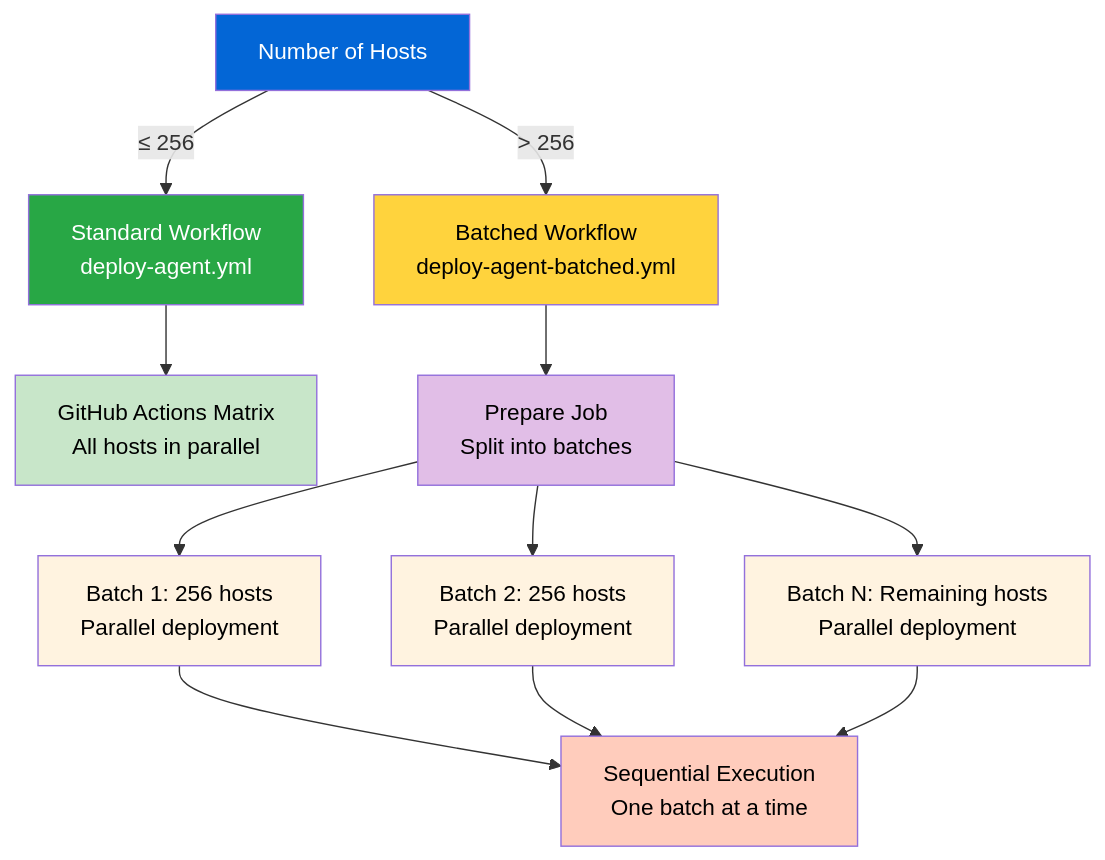
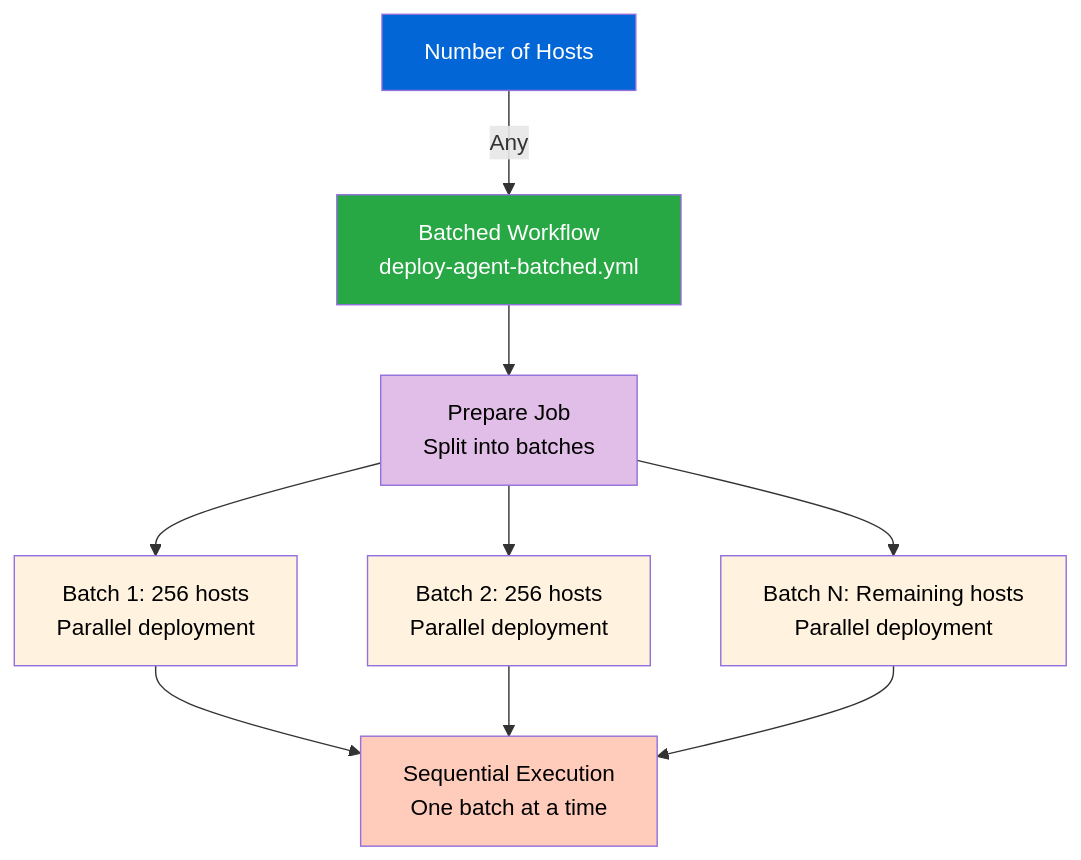
One commit to chambear2809/github-actions-lab changed the sixth of 7 diagrams in ARCHITECTURE.md. Above: the diagram before and after it, drawn with Mermaid. The commit also changed other lines of this file and 2 other files, not shown here.

Commit message:
Update documentation: fix workflow count (11 total), remove non-existent deploy-agent.yml references, add cleanup workflow

````diff
--- a/ARCHITECTURE.md
+++ b/ARCHITECTURE.md
@@ -192,27 +192,22 @@
 ```mermaid
 graph TD
     A[Number of Hosts]
-    A -->|"≤ 256"| B[Standard Workflow<br/>deploy-agent.yml]
-    A -->|"> 256"| C[Batched Workflow<br/>deploy-agent-batched.yml]
-    
-    B --> D[GitHub Actions Matrix<br/>All hosts in parallel]
+    A -->|Any| C[Batched Workflow<br/>deploy-agent-batched.yml]
     
     C --> E[Prepare Job<br/>Split into batches]
     E --> F[Batch 1: 256 hosts<br/>Parallel deployment]
     E --> G[Batch 2: 256 hosts<br/>Parallel deployment]
     E --> H[Batch N: Remaining hosts<br/>Parallel deployment]
     
     F --> I[Sequential Execution<br/>One batch at a time]
     G --> I
     H --> I
-
+    
     style A fill:#0366d6,color:#fff
-    style B fill:#28a745,color:#fff
-    style C fill:#ffd33d,color:#000
-    style D fill:#c8e6c9,color:#000
+    style C fill:#28a745,color:#fff
     style E fill:#e1bee7,color:#000
     style F fill:#fff3e0,color:#000
     style G fill:#fff3e0,color:#000
     style H fill:#fff3e0,color:#000
     style I fill:#ffccbc,color:#000
 ```
````
